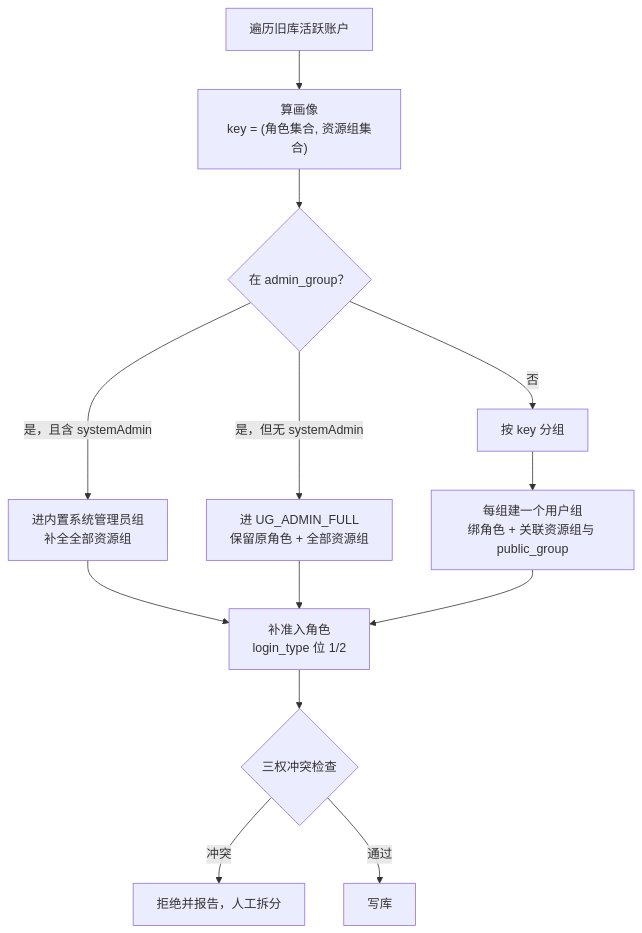
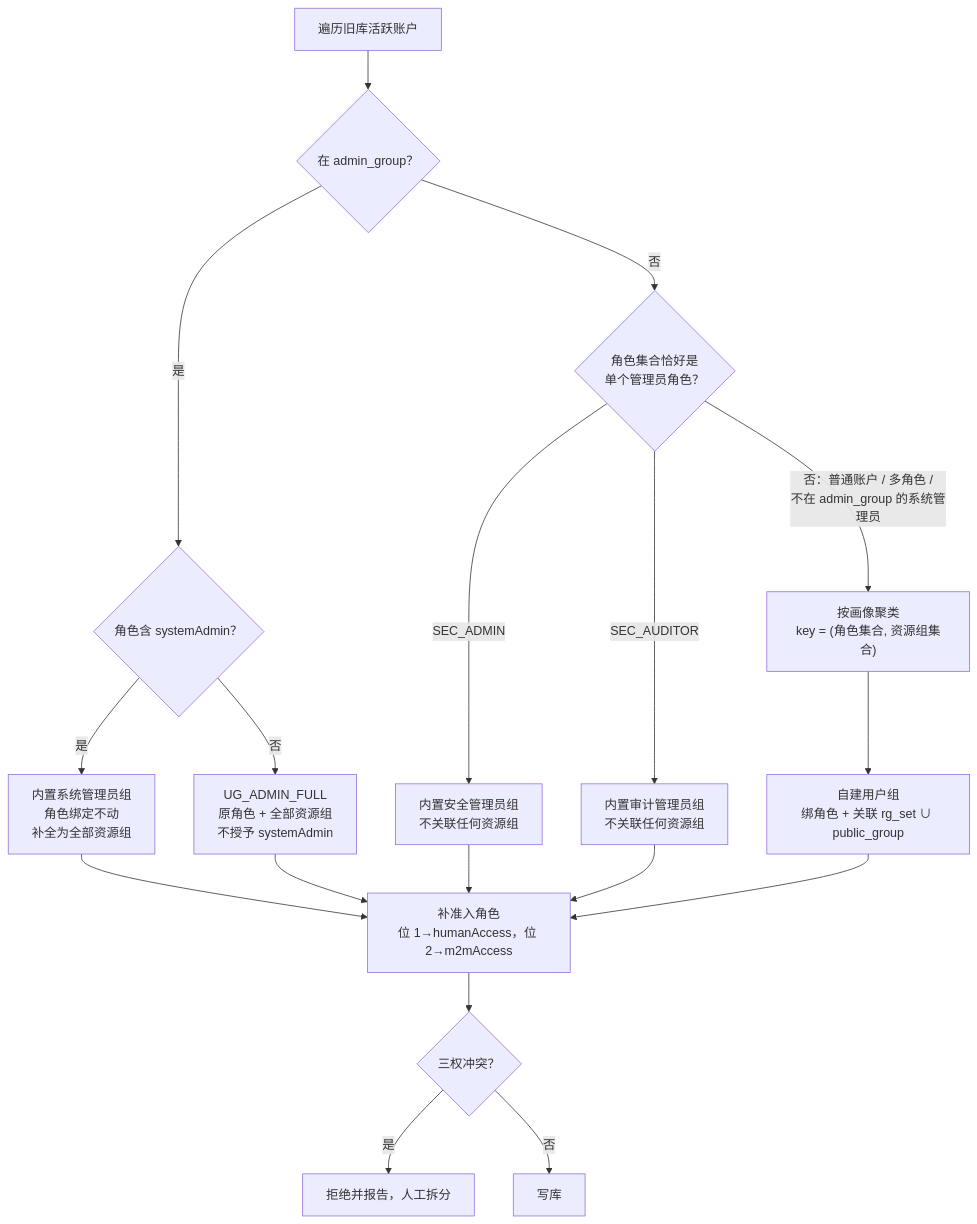
One commit to HaoruiSong622/OMS changed diagram 16 of 29 in design/OMS-MIG-001-存量迁移.md. Above: the diagram before and after it, drawn with Mermaid. The commit also changed other lines of this file and 2 other files, not shown here.

````diff
--- a/design/OMS-MIG-001-存量迁移.md
+++ b/design/OMS-MIG-001-存量迁移.md
@@ -469,15 +531,20 @@
 ```mermaid
 flowchart TB
-  A["遍历旧库活跃账户"] --> B["算画像<br/>key = (角色集合, 资源组集合)"]
-  B --> C{"在 admin_group？"}
-  C -->|"是，且含 systemAdmin"| D["进内置系统管理员组<br/>补全全部资源组"]
-  C -->|"是，但无 systemAdmin"| E["进 UG_ADMIN_FULL<br/>保留原角色 + 全部资源组"]
-  C -->|"否"| F["按 key 分组"]
-  F --> G["每组建一个用户组<br/>绑角色 + 关联资源组与 public_group"]
-  D --> H["补准入角色<br/>login_type 位 1/2"]
-  E --> H
-  G --> H
-  H --> I{"三权冲突检查"}
-  I -->|"冲突"| J["拒绝并报告，人工拆分"]
-  I -->|"通过"| K["写库"]
+  A["遍历旧库活跃账户"] --> B{"在 admin_group？"}
+  B -->|"是"| C{"角色含 systemAdmin？"}
+  C -->|"是"| D["内置系统管理员组<br/>角色绑定不动<br/>补全为全部资源组"]
+  C -->|"否"| E["UG_ADMIN_FULL<br/>原角色 + 全部资源组<br/>不授予 systemAdmin"]
+  B -->|"否"| F{"角色集合恰好是<br/>单个管理员角色？"}
+  F -->|"SEC_ADMIN"| G["内置安全管理员组<br/>不关联任何资源组"]
+  F -->|"SEC_AUDITOR"| H["内置审计管理员组<br/>不关联任何资源组"]
+  F -->|"否：普通账户 / 多角色 /<br/>不在 admin_group 的系统管理员"| I["按画像聚类<br/>key = (角色集合, 资源组集合)"]
+  I --> J["自建用户组<br/>绑角色 + 关联 rg_set ∪ public_group"]
+  D --> K["补准入角色<br/>位 1→humanAccess，位 2→m2mAccess"]
+  E --> K
+  G --> K
+  H --> K
+  J --> K
+  K --> L{"三权冲突？"}
+  L -->|"是"| M["拒绝并报告，人工拆分"]
+  L -->|"否"| N["写库"]
 ```
````
